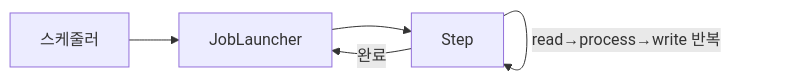
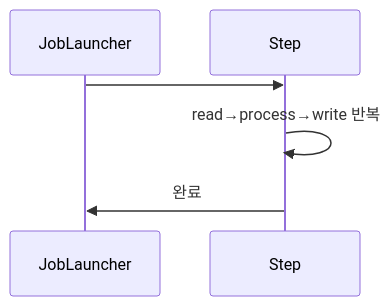
One commit to yjkim2015/yjkim2015.github.io changed the fifth of 5 diagrams in _posts/batch/2026-05-03-spring-batch-fundamentals.md. Above: the diagram before and after it, drawn with Mermaid. The commit also changed 89 other files, not shown here.

First line of the commit message:
복잡한 flowchart 163개 → sequenceDiagram 변환 (90파일)

````diff
--- a/_posts/batch/2026-05-03-spring-batch-fundamentals.md
+++ b/_posts/batch/2026-05-03-spring-batch-fundamentals.md
@@ -228,7 +228,6 @@
 ```mermaid
-graph LR
-    SC["스케줄러"] --> JL["JobLauncher"]
-    JL --> ST["Step"]
-    ST -->|"read→process→write 반복"| ST
-    ST -->|"완료"| JL
+sequenceDiagram
+    JobLauncher->>Step: 
+    Step->>Step: read→process→write 반복
+    Step->>JobLauncher: 완료
 ```
````
